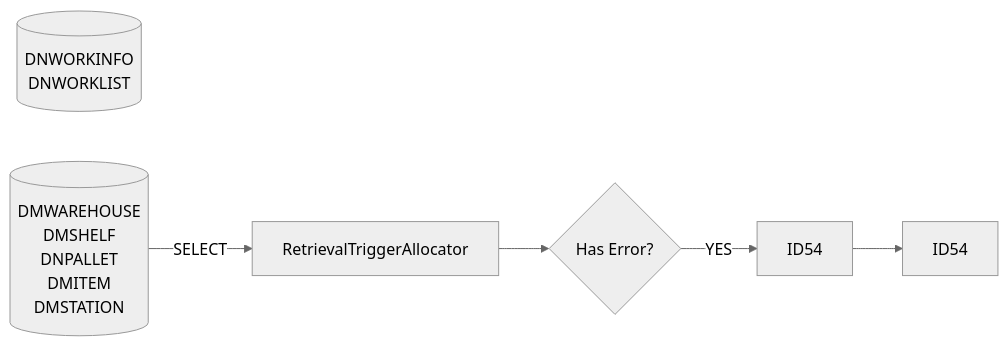
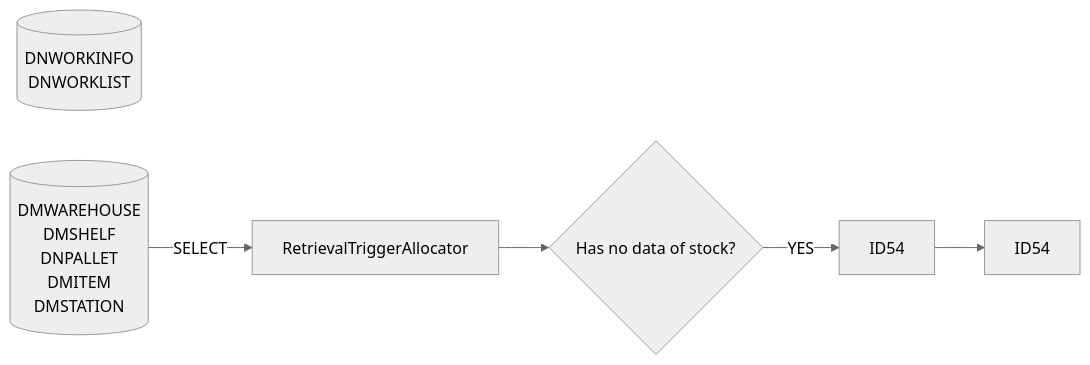
One commit to luthfiadityaa/SimeDarby-Wiki changed the third of 12 diagrams in Basic-Design/DFD-WMS/Retrieval/Stacked-Empty-Pallet.md. Above: the diagram before and after it, drawn with Mermaid (neutral theme).

Commit message:
Updated Stacked Empty Pallet

```diff
--- a/Basic-Design/DFD-WMS/Retrieval/Stacked-Empty-Pallet.md
+++ b/Basic-Design/DFD-WMS/Retrieval/Stacked-Empty-Pallet.md
@@ -86,25 +86,25 @@
 ::: mermaid
 flowchart LR    
 
     tableList-insert[("
         DNWORKINFO
         DNWORKLIST
     ")]
 
      tableList-select[("
         DMWAREHOUSE
         DMSHELF
         DNPALLET
         DMITEM
         DMSTATION
     ")]
 
     className[RetrievalTriggerAllocator]
 
-    className --> Cond3{Has Error?} --> | YES | P1[ID54] --> P2[ID54]
+    className --> Cond3{Has no data of stock?} --> | YES | P1[ID54] --> P2[ID54]
 
     tableList-select --> |SELECT| className
 
     classDef leftAlign text-align:left;
     class input leftAlign;
 :::
```
